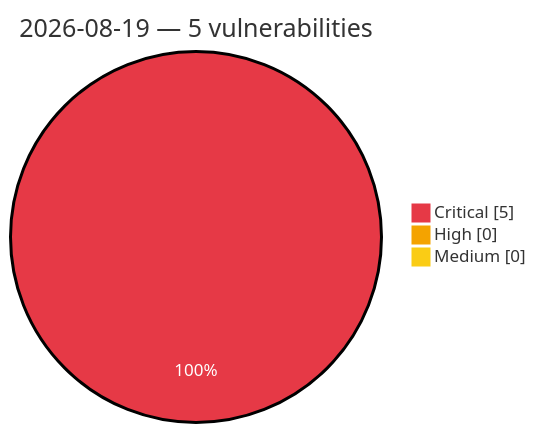
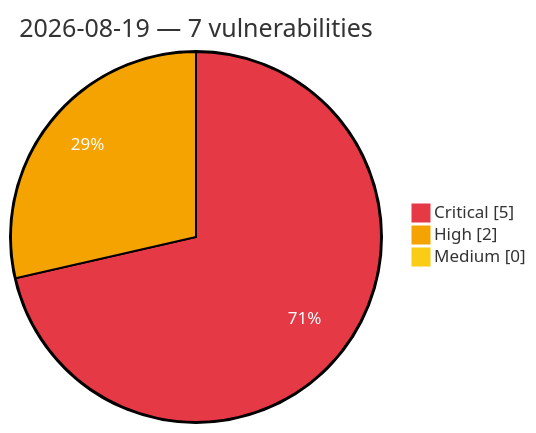
Before and after one commit to GhostX0X/vuln-tracker: the diagram in vulnerabilities/2026/August/2026-08-19.md, drawn with Mermaid. The commit also changed other lines of this file and 5 other files, not shown here.

````diff
--- a/vulnerabilities/2026/August/2026-08-19.md
+++ b/vulnerabilities/2026/August/2026-08-19.md
@@ -3,8 +3,8 @@
 ```mermaid
 %%{init: {'theme':'base', 'themeVariables': {'pie1':'#e63946', 'pie2':'#f4a300', 'pie3':'#facc15', 'pieOpacity':'1', 'pieOuterStrokeWidth':'2px', 'pieSectionTextColor':'#ffffff'}}}%%
 pie showData
-    title 2026-08-19 — 5 vulnerabilities
+    title 2026-08-19 — 7 vulnerabilities
     "Critical" : 5
-    "High" : 0
+    "High" : 2
     "Medium" : 0
 ```
````
